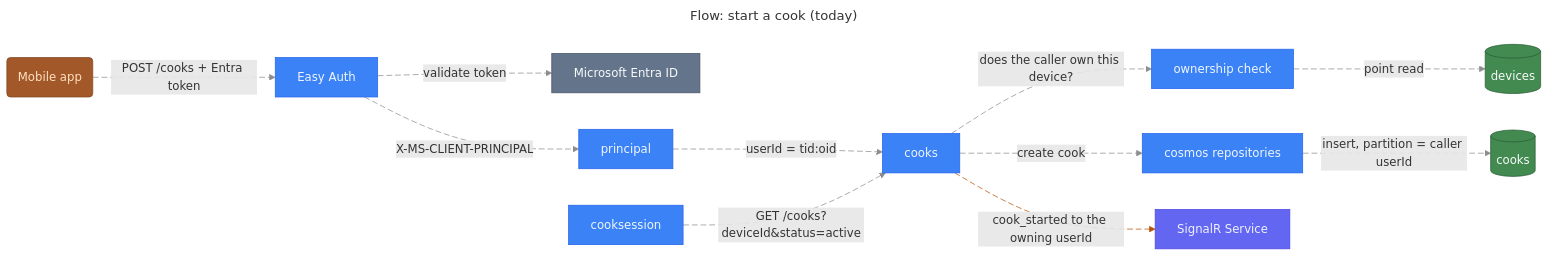
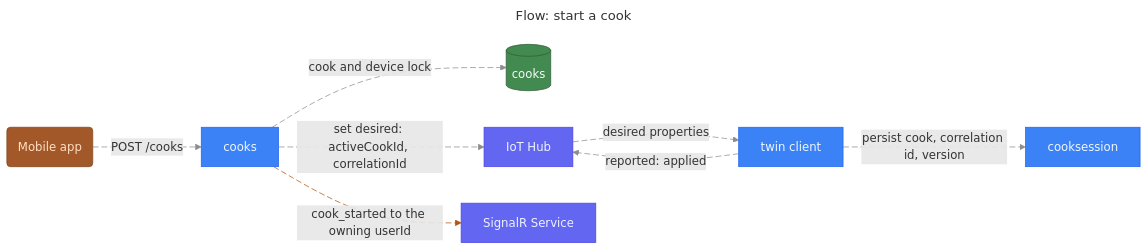
Before and after one commit to stevebargelt/meatgeekv2: diagram 12 of 16 in docs/architecture/diagrams.md, drawn with Mermaid. The commit also changed other lines of this file and 8 other files, not shown here.

First line of the commit message:
docs(architecture): HAR-69 the model shows the device twin and SignalR push as live; ADR for both decisions

````diff
--- a/docs/architecture/diagrams.md
+++ b/docs/architecture/diagrams.md
@@ -925,39 +907,30 @@
 ```mermaid
 ---
-title: "Flow: start a cook (today)"
+title: "Flow: start a cook"
 ---
 graph LR
   MeatgeekMobile@{ shape: rounded, label: "Mobile app" }
-  MeatgeekCloudApiEasyauth@{ shape: rectangle, label: "Easy Auth" }
-  Entra@{ shape: rectangle, label: "Microsoft Entra ID" }
-  MeatgeekCloudApiPrincipal@{ shape: rectangle, label: "principal" }
+  MeatgeekCloudApiCooks@{ shape: rectangle, label: "cooks" }
+  MeatgeekCloudDataCooks@{ shape: cylinder, label: "cooks" }
+  MeatgeekCloudIngestIothub@{ shape: rectangle, label: "IoT Hub" }
+  MeatgeekEdgePusherTwin@{ shape: rectangle, label: "twin client" }
   MeatgeekEdgePusherSession@{ shape: rectangle, label: "cooksession" }
-  MeatgeekCloudApiCooks@{ shape: rectangle, label: "cooks" }
-  MeatgeekCloudApiOwnership@{ shape: rectangle, label: "ownership check" }
-  MeatgeekCloudDataDevices@{ shape: cylinder, label: "devices" }
-  MeatgeekCloudApiRepos@{ shape: rectangle, label: "cosmos repositories" }
-  MeatgeekCloudDataCooks@{ shape: cylinder, label: "cooks" }
   MeatgeekCloudRealtime@{ shape: rectangle, label: "SignalR Service" }
-  MeatgeekMobile -. "`POST /cooks + Entra token`" .-> MeatgeekCloudApiEasyauth
-  MeatgeekCloudApiEasyauth -. "`validate token`" .-> Entra
-  MeatgeekCloudApiEasyauth -. "`X-MS-CLIENT-PRINCIPAL`" .-> MeatgeekCloudApiPrincipal
-  MeatgeekCloudApiPrincipal -. "`userId = tid:oid`" .-> MeatgeekCloudApiCooks
-  MeatgeekCloudApiCooks -. "`does the caller own this device?`" .-> MeatgeekCloudApiOwnership
-  MeatgeekCloudApiOwnership -. "`point read`" .-> MeatgeekCloudDataDevices
-  MeatgeekCloudApiCooks -. "`create cook`" .-> MeatgeekCloudApiRepos
-  MeatgeekCloudApiRepos -. "`insert, partition = caller userId`" .-> MeatgeekCloudDataCooks
+  MeatgeekMobile -. "`POST /cooks`" .-> MeatgeekCloudApiCooks
+  MeatgeekCloudApiCooks -. "`cook and device lock`" .-> MeatgeekCloudDataCooks
+  MeatgeekCloudApiCooks -. "`set desired: activeCookId, correlationId`" .-> MeatgeekCloudIngestIothub
+  MeatgeekCloudIngestIothub -. "`desired properties`" .-> MeatgeekEdgePusherTwin
+  MeatgeekEdgePusherTwin -. "`persist cook, correlation id, version`" .-> MeatgeekEdgePusherSession
+  MeatgeekEdgePusherTwin -. "`reported: applied`" .-> MeatgeekCloudIngestIothub
   MeatgeekCloudApiCooks -. "`cook_started to the owning userId`" .-> MeatgeekCloudRealtime
-  MeatgeekEdgePusherSession -. "`GET /cooks?deviceId&status=active`" .-> MeatgeekCloudApiCooks
   classDef amber fill:#A35829,stroke:#7E451D,color:#FFE0C2
   class MeatgeekMobile amber
   classDef primary fill:#3b82f6,stroke:#2563eb,color:#eff6ff
-  class MeatgeekCloudApiEasyauth,MeatgeekCloudApiPrincipal,MeatgeekEdgePusherSession,MeatgeekCloudApiCooks,MeatgeekCloudApiOwnership,MeatgeekCloudApiRepos primary
-  classDef muted fill:#64748b,stroke:#475569,color:#f8fafc
-  class Entra muted
+  class MeatgeekCloudApiCooks,MeatgeekEdgePusherTwin,MeatgeekEdgePusherSession primary
   classDef green fill:#428a4f,stroke:#2d5d39,color:#f8fafc
-  class MeatgeekCloudDataDevices,MeatgeekCloudDataCooks green
+  class MeatgeekCloudDataCooks green
   classDef indigo fill:#6366f1,stroke:#4f46e5,color:#eef2ff
-  class MeatgeekCloudRealtime indigo
-  linkStyle 0,1,2,3,4,5,6,7,9 stroke:#8D8D8D,stroke-dasharray:8 4
-  linkStyle 8 stroke:#b45309,stroke-dasharray:8 4
+  class MeatgeekCloudIngestIothub,MeatgeekCloudRealtime indigo
+  linkStyle 0,1,2,3,4,5 stroke:#8D8D8D,stroke-dasharray:8 4
+  linkStyle 6 stroke:#b45309,stroke-dasharray:8 4
 ```
````
